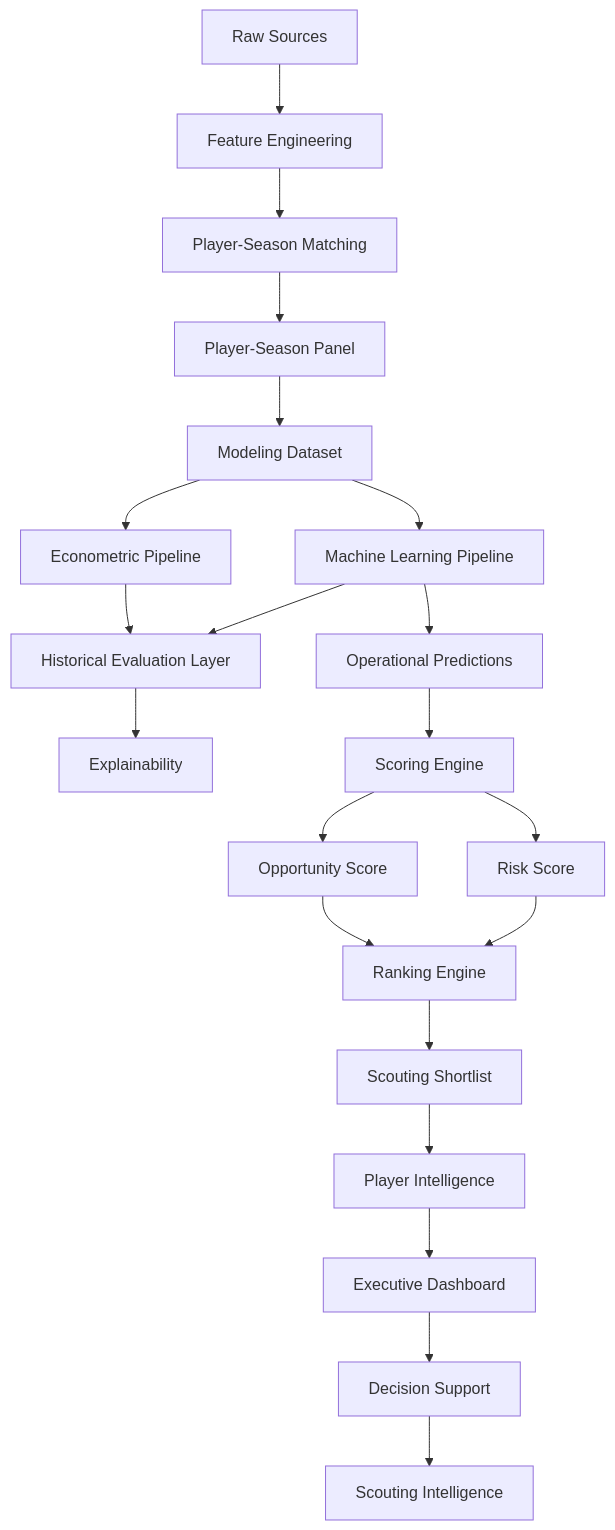
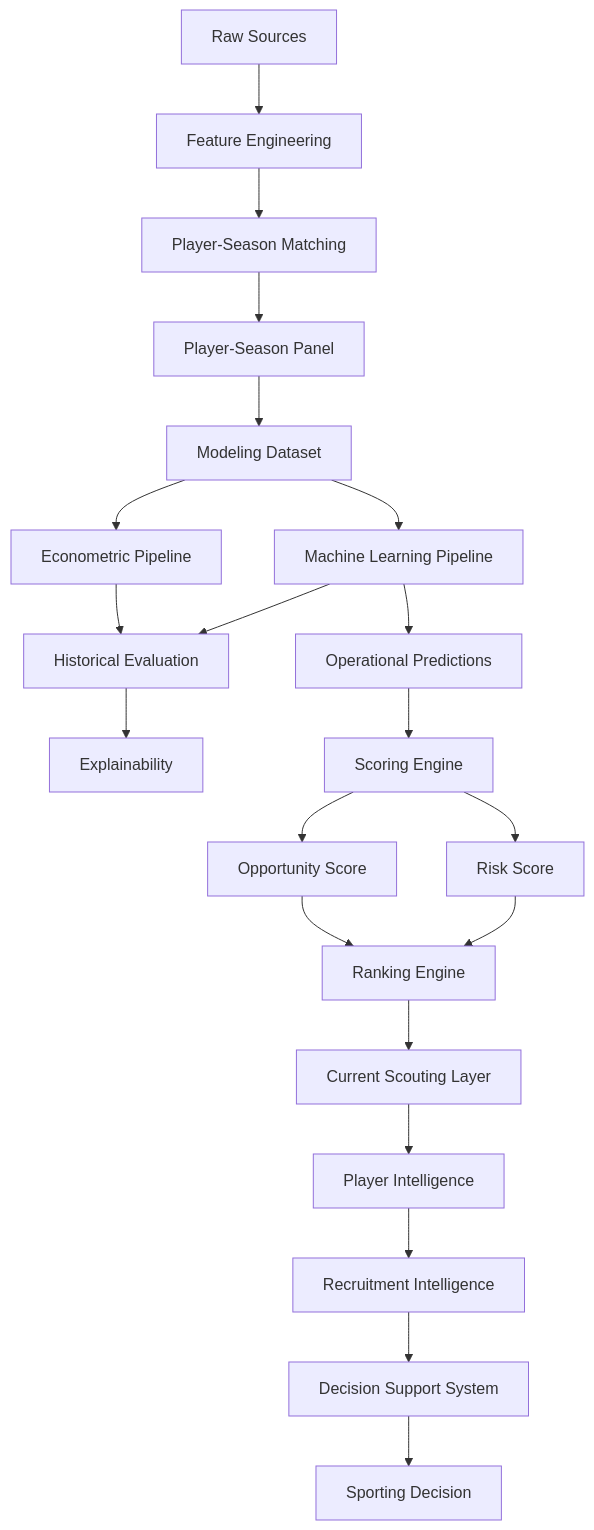
Before and after one commit to manuelpeba/market-value-football-tfm: the diagram in docs/pipeline_reference.md, drawn with Mermaid. The commit also changed other lines of this file and 5 other files, not shown here.

Commit message:
docs: update documentation for v1.1.0 recruitment intelligence and DSS

````diff
--- a/docs/pipeline_reference.md
+++ b/docs/pipeline_reference.md
@@ -41,40 +42,40 @@
 ```mermaid
 flowchart TD
 
 A[Raw Sources]
 --> B[Feature Engineering]
 
 B --> C[Player-Season Matching]
 
 C --> D[Player-Season Panel]
 
 D --> E[Modeling Dataset]
 
 E --> F[Econometric Pipeline]
 E --> G[Machine Learning Pipeline]
 
-F --> H[Historical Evaluation Layer]
+F --> H[Historical Evaluation]
 G --> H
 
 H --> I[Explainability]
 
 G --> J[Operational Predictions]
 
 J --> K[Scoring Engine]
 
 K --> L[Opportunity Score]
 K --> M[Risk Score]
 
 L --> N[Ranking Engine]
 M --> N
 
-N --> O[Scouting Shortlist]
+N --> O[Current Scouting Layer]
 
 O --> P[Player Intelligence]
 
-P --> Q[Executive Dashboard]
+P --> Q[Recruitment Intelligence]
 
-Q --> R[Decision Support]
+Q --> R[Decision Support System]
 
-R --> S[Scouting Intelligence]
+R --> S[Sporting Decision]
 ```
````
